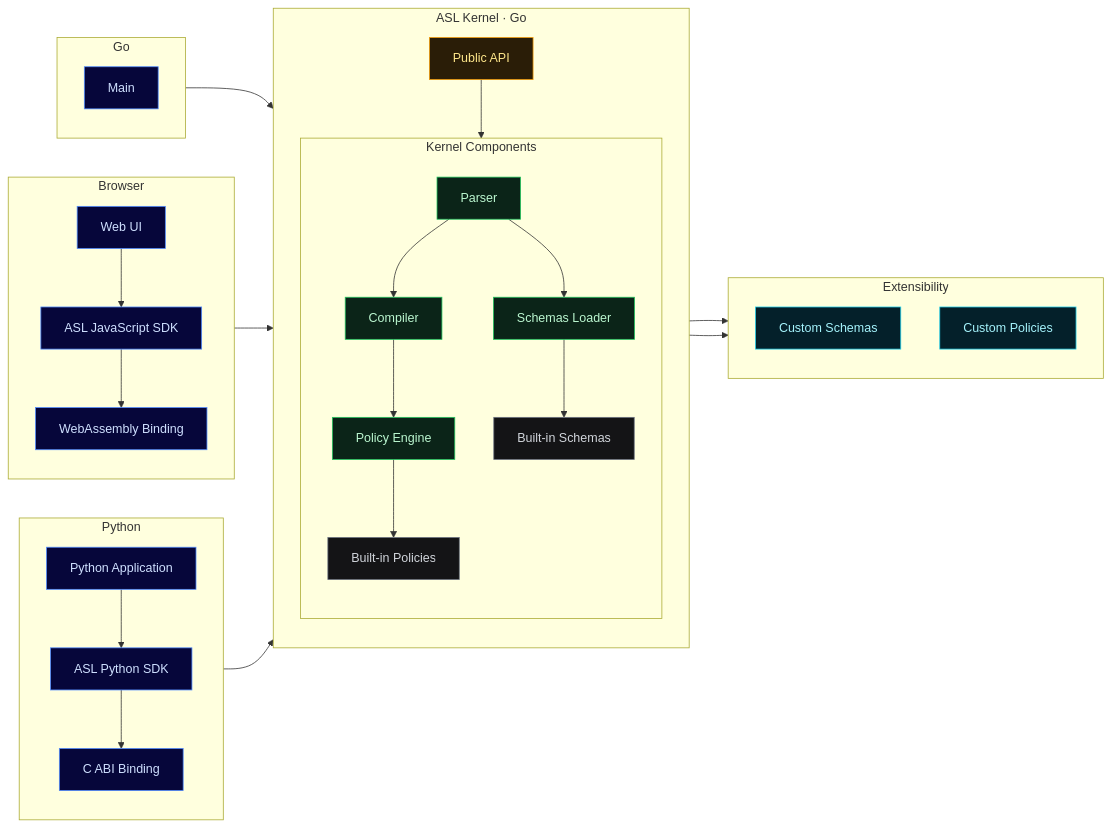
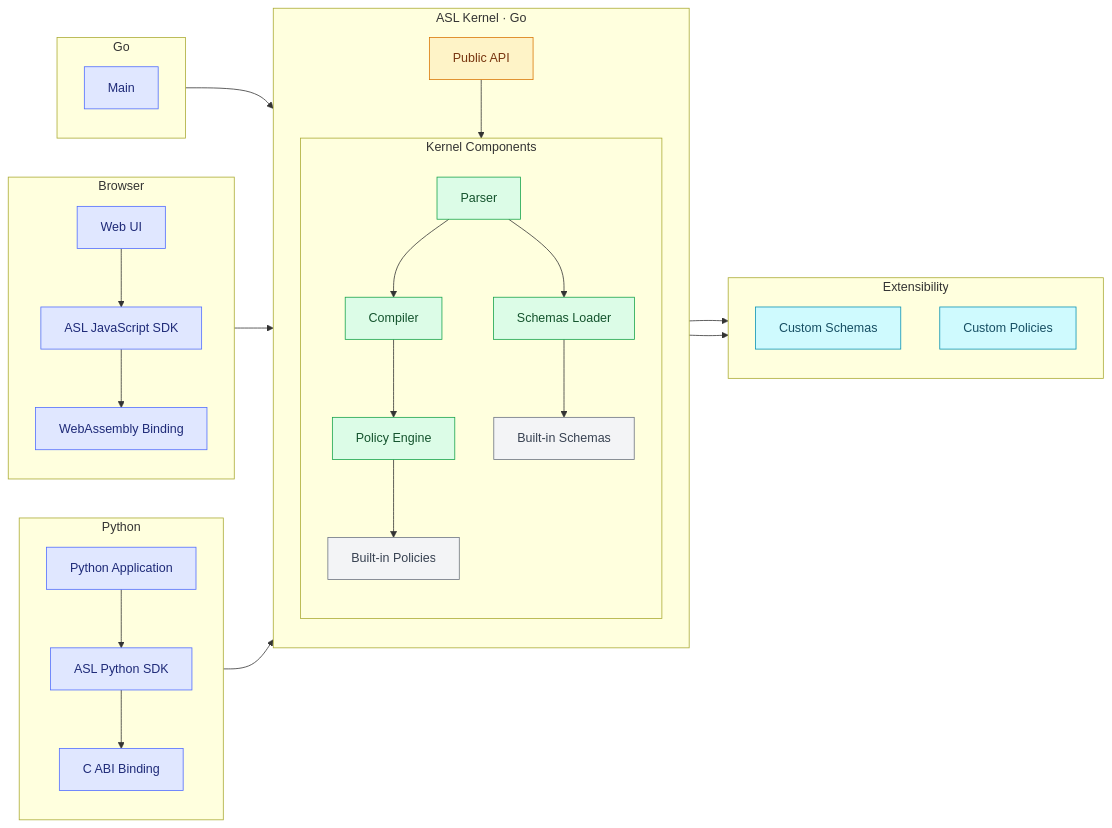
One commit to margato/asl-docs changed the second of 2 diagrams in docs/architecture.md. Above: the diagram before and after it, drawn with Mermaid. The commit also changed other lines of this file and 39 other files, not shown here.

````diff
--- a/docs/architecture.md
+++ b/docs/architecture.md
@@ -56,76 +56,76 @@
 ```mermaid
 flowchart LR
     subgraph EXT["Extensibility"]
         direction TB
         SCHEMA_FILES["Custom Schemas"]
         POLICY_FILES["Custom Policies"]
     end
 
     subgraph KERNEL["ASL Kernel · Go"]
         direction TB
         API["Public API"]
 
         subgraph COMPONENTS["Kernel Components"]
             direction TB
             PARSER["Parser"]
             COMPILER["Compiler"]
             SCHEMAS["Schemas Loader"]
             POLICIES["Policy Engine"]
             BUILTIN_S["Built-in Schemas"]
             BUILTIN_P["Built-in Policies"]
         end
 
         API --> PARSER
     end
 
     subgraph PYTHON["Python"]
         direction TB
         PY["Python Application"]
         PYSDK["ASL Python SDK"]
         ABI["C ABI Binding"]
 
         PY --> PYSDK --> ABI
     end
 
     subgraph BROWSER["Browser"]
         direction TB
         WEB["Web UI"]
         JSSDK["ASL JavaScript SDK"]
         WASM["WebAssembly Binding"]
 
         WEB --> JSSDK --> WASM
     end
 
     subgraph GOAPP["Go"]
         direction TB
         GO["Main"]
 
     end
 
     PARSER --> SCHEMAS
     PARSER --> COMPILER
     COMPILER --> POLICIES
 
     SCHEMAS --> BUILTIN_S
     POLICIES --> BUILTIN_P
 
     SCHEMAS --> SCHEMA_FILES
     POLICIES --> POLICY_FILES
 
     ABI --> API
     WASM --> API
     GO --> API
 
 
-    classDef adapter fill:#06063a,stroke:#4f8aff,color:#cfe0ff
-    classDef core fill:#0b2418,stroke:#22c55e,color:#bbf7d0
-    classDef api fill:#2a1d07,stroke:#f59e0b,color:#fde68a
-    classDef extension fill:#04202a,stroke:#22d3ee,color:#a5f3fc
-    classDef builtin fill:#141416,stroke:#6b7280,color:#d1d5db
+    classDef adapter fill:#e0e7ff,stroke:#4f6bff,color:#1e2a78
+    classDef core fill:#dcfce7,stroke:#16a34a,color:#14532d
+    classDef api fill:#fef3c7,stroke:#d97706,color:#78350f
+    classDef extension fill:#cffafe,stroke:#0891b2,color:#164e63
+    classDef builtin fill:#f3f4f6,stroke:#6b7280,color:#374151
 
     class PY,PYSDK,ABI,WEB,JSSDK,WASM,GO,GOLIB adapter
     class PARSER,COMPILER,SCHEMAS,POLICIES core
     class API api
     class SCHEMA_FILES,POLICY_FILES extension
     class BUILTIN_S,BUILTIN_P builtin
 ```
````
